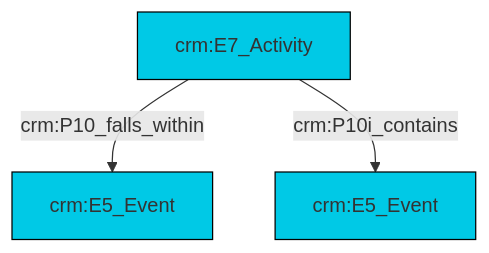
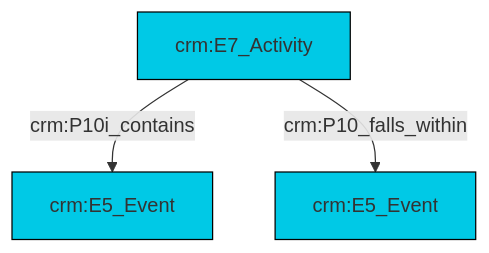
Before and after one commit to swiss-art-research-net/reference-data-models: the diagram in et/eventCSV/ttl/mmd/event_parthood.ttl.mmd, drawn with Mermaid. The commit also changed 139 other files, not shown here.

```diff
--- a/et/eventCSV/ttl/mmd/event_parthood.ttl.mmd
+++ b/et/eventCSV/ttl/mmd/event_parthood.ttl.mmd
@@ -1,17 +1,17 @@
 graph TD
 classDef Literal fill:#f2f2f2,stroke:#000000;
 classDef CRM_Entity fill:#FFFFFF,stroke:#000000;
 classDef Temporal_Entity fill:#00C9E6, stroke:#000000;
 classDef Type fill:#E18312, stroke:#000000;
 classDef Time-Span fill:#2C9C91, stroke:#000000;
 classDef Appellation fill:#FFEB7F, stroke:#000000;
 classDef Place fill:#008836, stroke:#000000;
 classDef Persistent_Item fill:#B266B2, stroke:#000000;
 classDef Conceptual_Object fill:#FFD700, stroke:#000000;
 classDef Physical_Thing fill:#D2B48C, stroke:#000000;
 classDef Actor fill:#f58aad, stroke:#000000;
 classDef PC_Classes fill:#4ce600, stroke:#000000;
 classDef Multi fill:#cccccc,stroke:#000000;
 
-0["crm:E7_Activity"]:::Temporal_Entity -->|crm:P10_falls_within| 2["crm:E5_Event"]:::Temporal_Entity
-0["crm:E7_Activity"]:::Temporal_Entity -->|crm:P10i_contains| 4["crm:E5_Event"]:::Temporal_Entity
+0["crm:E7_Activity"]:::Temporal_Entity -->|crm:P10i_contains| 1["crm:E5_Event"]:::Temporal_Entity
+0["crm:E7_Activity"]:::Temporal_Entity -->|crm:P10_falls_within| 3["crm:E5_Event"]:::Temporal_Entity
```
